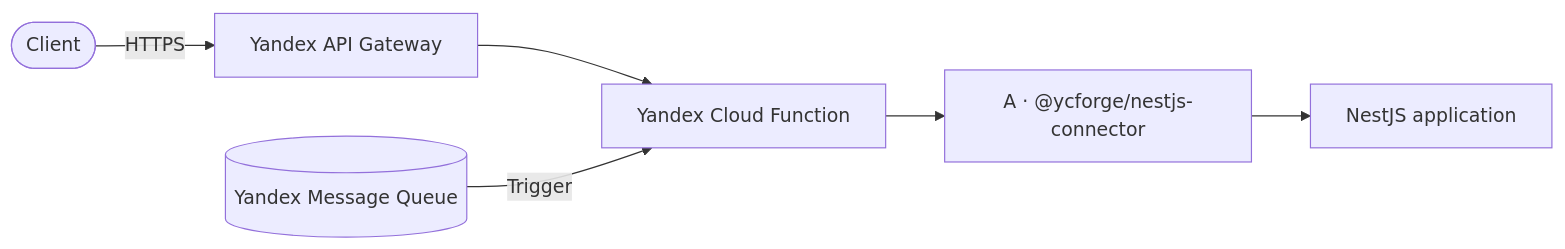
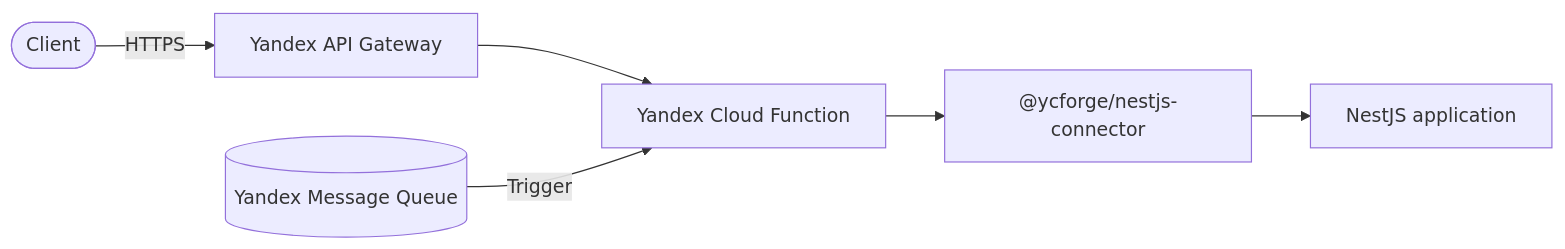
One commit to ycforge/serverless-tools changed the first of 2 diagrams in README.en.md. Above: the diagram before and after it, drawn with Mermaid. The commit also changed other lines of this file and 1 other file, not shown here.

````diff
--- a/README.en.md
+++ b/README.en.md
@@ -58,8 +56,8 @@
 ```mermaid
 flowchart LR
   Client([Client]) -->|HTTPS| APIGW[Yandex API Gateway]
   APIGW --> Fn[Yandex Cloud Function]
   MQ[(Yandex Message Queue)] -->|Trigger| Fn
-  Fn --> A["A · @ycforge/nestjs-connector"]
-  A --> App[NestJS application]
+  Fn --> Connector["@ycforge/nestjs-connector"]
+  Connector --> App[NestJS application]
 ```
````
